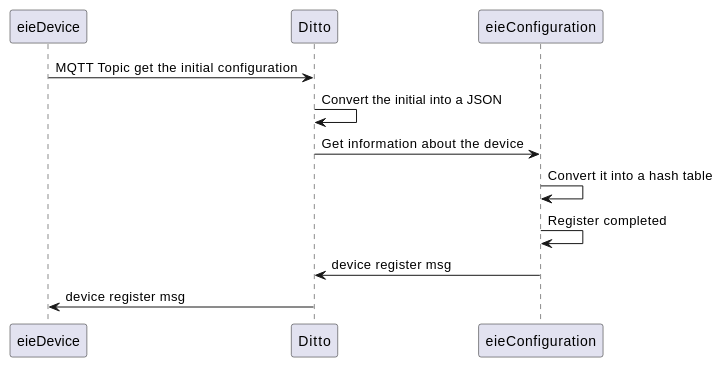
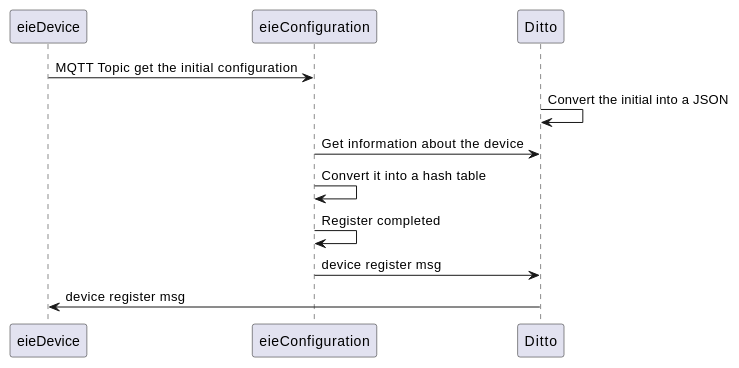
One commit to oscarfc164/ie0417-dev changed the third of 3 diagrams in docs/source/labs/proyecto/documentacion/proyecto.rst. Above: the diagram before and after it, drawn with PlantUML. The commit also changed other lines of this file, not shown here.

Commit message:
Some changes to the UML

```diff
--- a/docs/source/labs/proyecto/documentacion/proyecto.rst
+++ b/docs/source/labs/proyecto/documentacion/proyecto.rst
@@ -138,11 +138,11 @@
 .. uml::
 
   @startuml
-  eieDevice-> Ditto: MQTT Topic get the initial configuration
+  eieDevice-> eieConfiguration: MQTT Topic get the initial configuration
   Ditto->Ditto: Convert the initial into a JSON
-  Ditto->eieConfiguration: Get information about the device
+  eieConfiguration->Ditto: Get information about the device
   eieConfiguration->eieConfiguration: Convert it into a hash table
   eieConfiguration->eieConfiguration: Register completed
   eieConfiguration->Ditto: device register msg
   Ditto->eieDevice: device register msg
   @enduml
```
